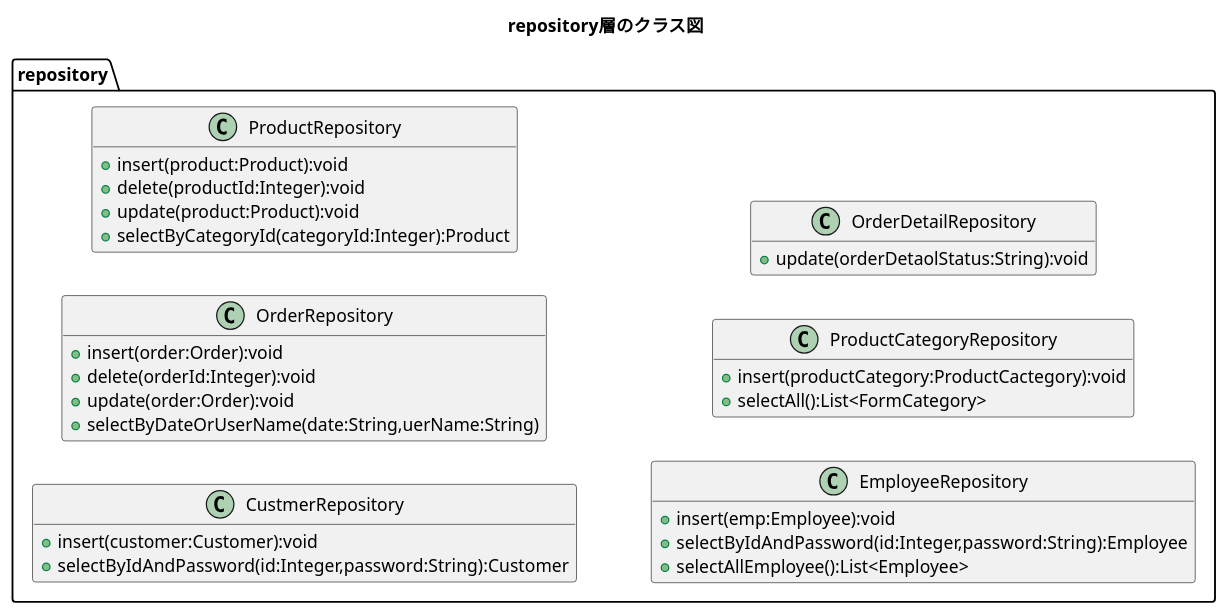
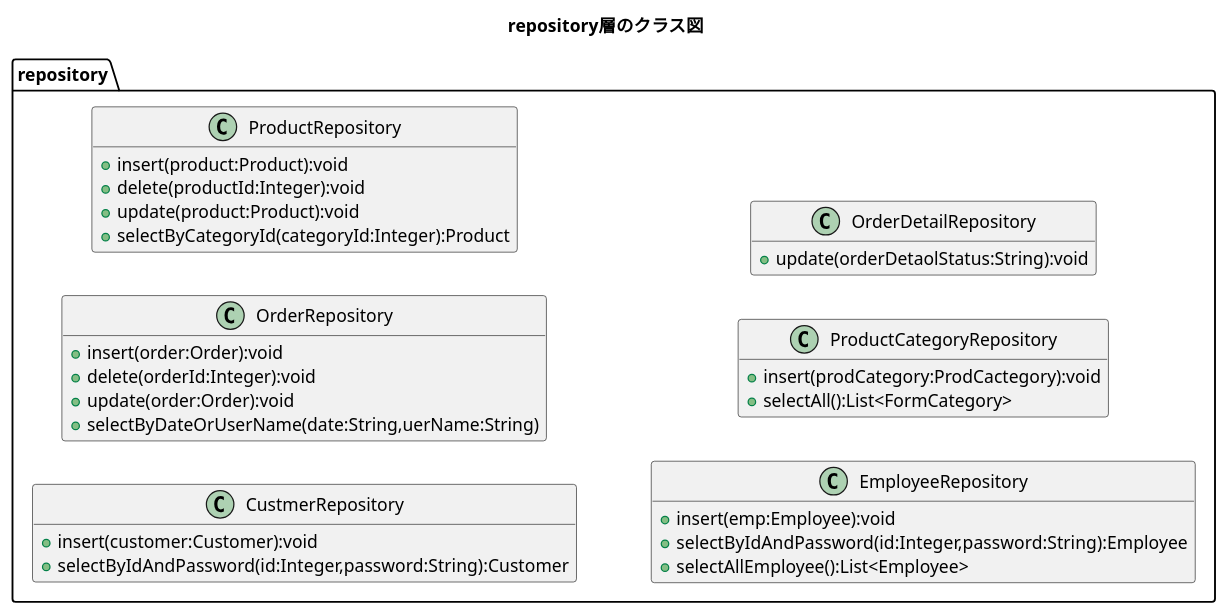
Before and after one commit to kanavii3333/ec-b: the diagram in plan/uml/class/repository.plantuml, drawn with PlantUML. The commit also changed 1 other file, not shown here.

Commit message:
ProductCategoryRepositoryのテスト仕様書の作成、完成と、repository.plantumlの修正

```diff
--- a/plan/uml/class/repository.plantuml
+++ b/plan/uml/class/repository.plantuml
@@ -1,41 +1,41 @@
 @startuml
 title repository層のクラス図
 hide empty members
 left to right direction
 
 package repository{
     class CustmerRepository{
         +insert(customer:Customer):void
         +selectByIdAndPassword(id:Integer,password:String):Customer
     }
 
     class OrderRepository{
         +insert(order:Order):void
         +delete(orderId:Integer):void
         +update(order:Order):void
         +selectByDateOrUserName(date:String,uerName:String)
     }
 
     class ProductRepository{
         +insert(product:Product):void
         +delete(productId:Integer):void
         +update(product:Product):void
         +selectByCategoryId(categoryId:Integer):Product
     }
 
     class EmployeeRepository{
         +insert(emp:Employee):void
         +selectByIdAndPassword(id:Integer,password:String):Employee
         +selectAllEmployee():List<Employee>
     }
 
     class ProductCategoryRepository{
-        +insert(productCategory:ProductCactegory):void
+        +insert(prodCategory:ProdCactegory):void
         +selectAll():List<FormCategory>
     }
 
     class OrderDetailRepository{
         +update(orderDetaolStatus:String):void
     }
 }
 @enduml
```
